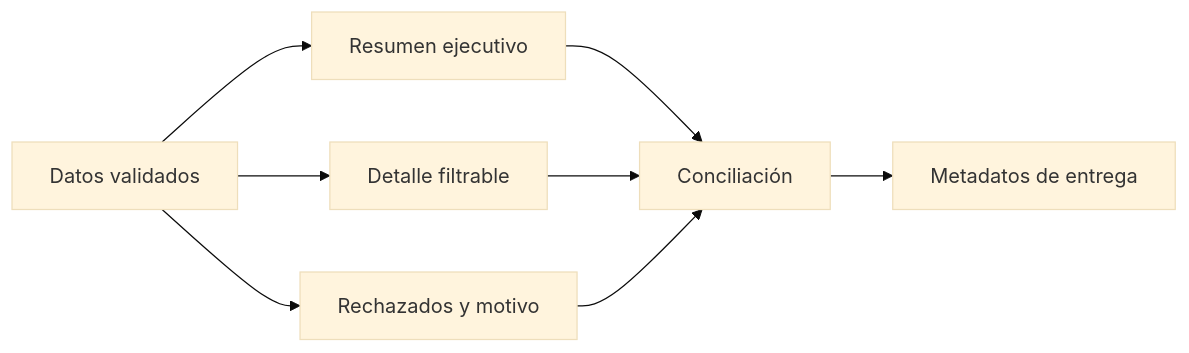
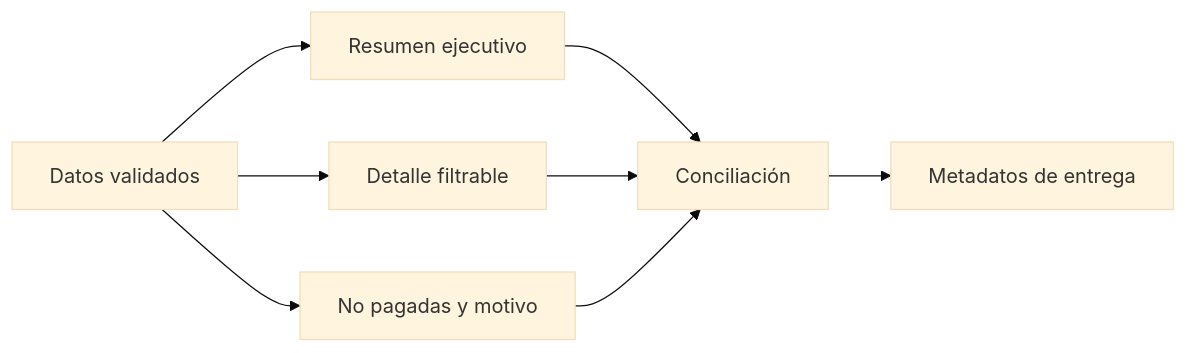
One commit to Ayhur/CursoAnalista changed the diagram in curso/16-excel-power-query-y-entrega/lecciones/05-generar-libro-excel.md. Above: the diagram before and after it, drawn with Mermaid (base theme). The commit also changed other lines of this file and 34 other files, not shown here.

````diff
--- a/curso/16-excel-power-query-y-entrega/lecciones/05-generar-libro-excel.md
+++ b/curso/16-excel-power-query-y-entrega/lecciones/05-generar-libro-excel.md
@@ -17,10 +17,10 @@
 ```mermaid
 flowchart LR
  A[Datos validados] --> B[Resumen ejecutivo]
  A --> C[Detalle filtrable]
- A --> D[Rechazados y motivo]
+ A --> D[No pagadas y motivo]
  B --> E[Conciliación]
  C --> E
  D --> E
  E --> F[Metadatos de entrega]
 ```
````
